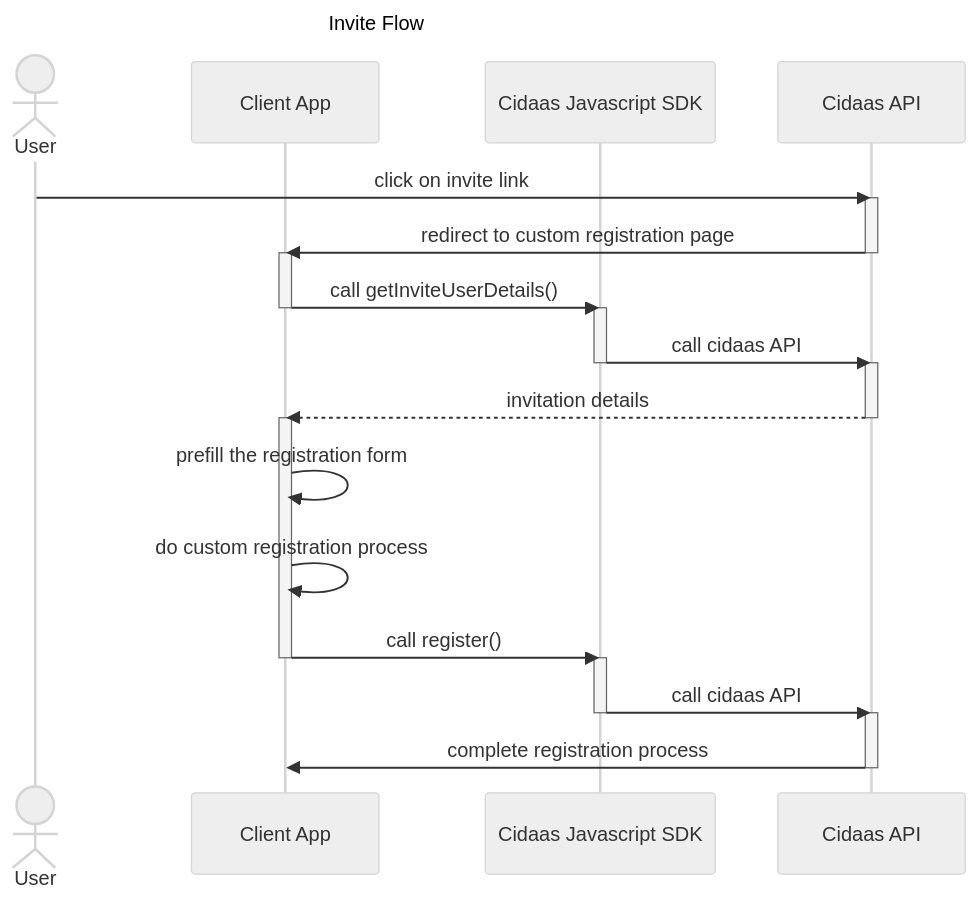
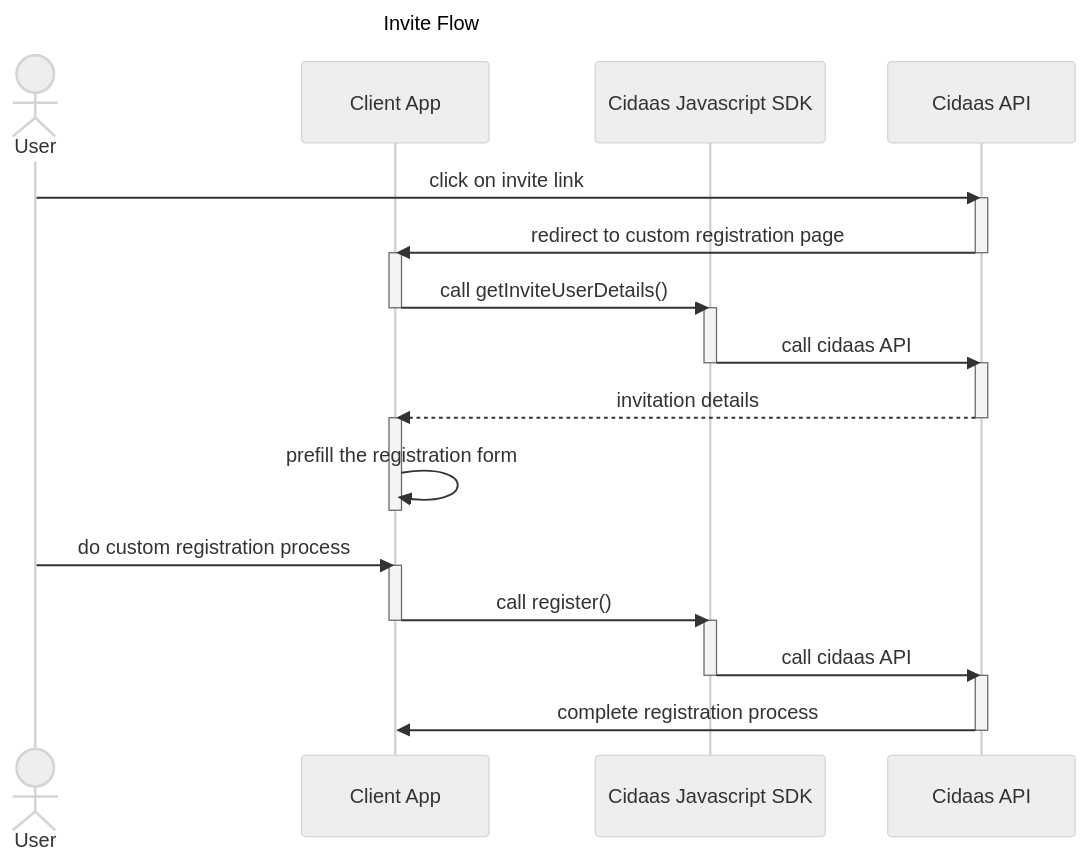
Before and after one commit to cidaas/cidaas-javascript-sdk: the fourth of 6 diagrams in overview/user-management.md, drawn with Mermaid (neutral theme). The commit also changed other lines of this file and 2 other files, not shown here.

````diff
--- a/overview/user-management.md
+++ b/overview/user-management.md
@@ -109,42 +108,45 @@
 ```mermaid
 ---
 title: Invite Flow
 ---
 sequenceDiagram
   Actor User
   participant ClientApp as Client App
   participant CidaasSDK as Cidaas Javascript SDK
   participant CidaasAPI as Cidaas API
 
 User ->> CidaasAPI: click on invite link
 
 activate CidaasAPI
 CidaasAPI ->> ClientApp: redirect to custom registration page
 deactivate CidaasAPI
 
 activate ClientApp
 ClientApp ->> CidaasSDK: call getInviteUserDetails()
 deactivate ClientApp
 
 activate CidaasSDK
 CidaasSDK ->> CidaasAPI: call cidaas API
 deactivate CidaasSDK
 
 activate CidaasAPI
 CidaasAPI -->> ClientApp: invitation details
 deactivate CidaasAPI
 
 activate ClientApp
 ClientApp ->> ClientApp: prefill the registration form
-ClientApp ->> ClientApp: do custom registration process
+deactivate ClientApp
+
+User ->> ClientApp: do custom registration process
+activate ClientApp
 ClientApp ->> CidaasSDK: call register()
 deactivate ClientApp
 
 activate CidaasSDK
 CidaasSDK ->> CidaasAPI: call cidaas API
 deactivate CidaasSDK
 
 activate CidaasAPI
 CidaasAPI ->> ClientApp: complete registration process
 deactivate CidaasAPI
 ```
````
